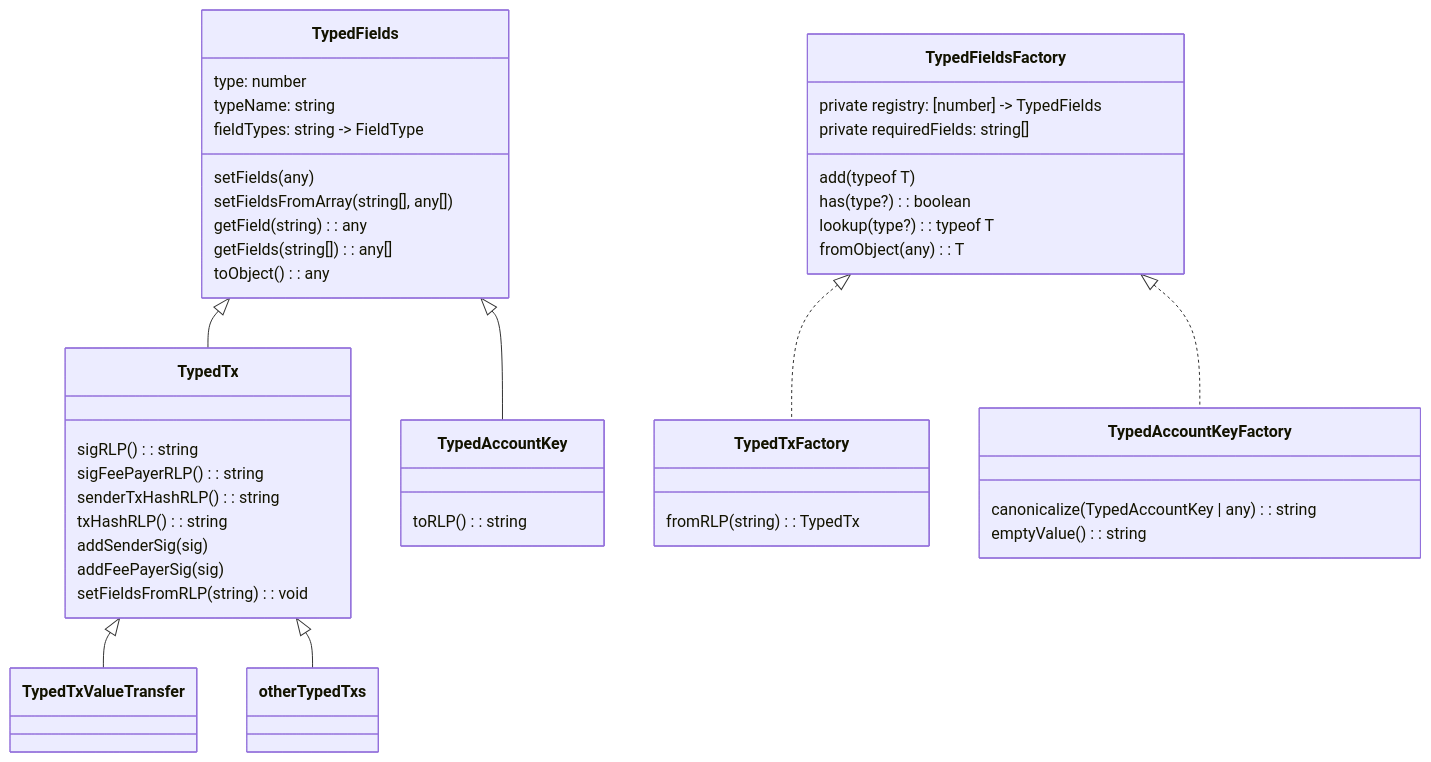
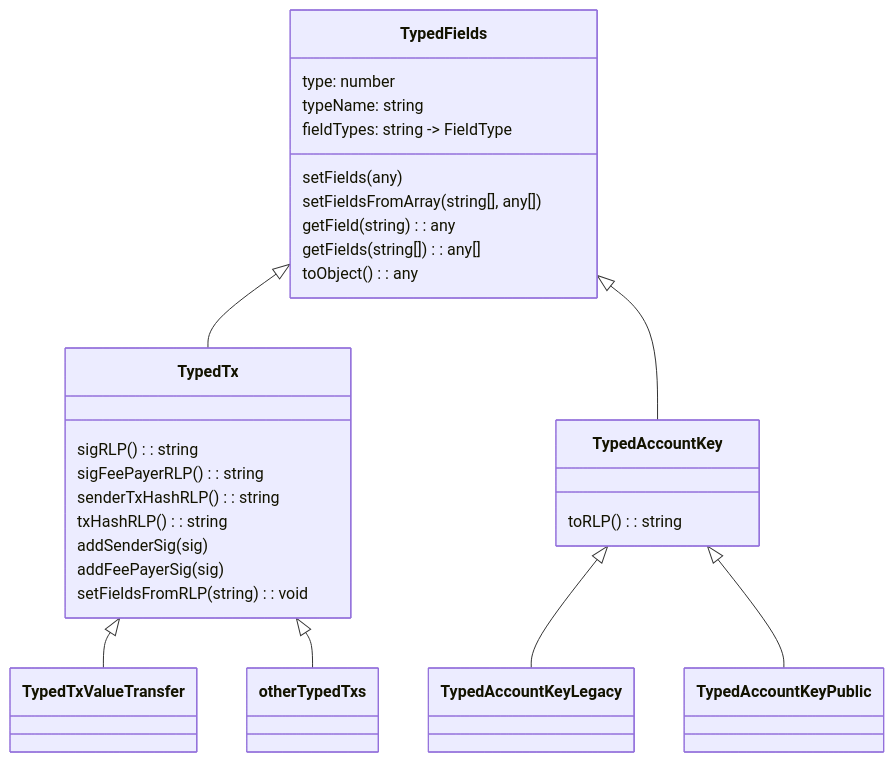
One commit to blukat29/klaytn-sdk-design changed the second of 4 diagrams in README.md. Above: the diagram before and after it, drawn with Mermaid. The commit also changed 2 other files, not shown here.

Commit message:
Debug TypedTxFeeDelegatedAccountUpdate

````diff
--- a/README.md
+++ b/README.md
@@ -81,47 +82,31 @@
 ```mermaid  
 classDiagram
   TypedFields <|-- TypedTx
   TypedTx <|-- TypedTxValueTransfer
   TypedTx <|-- other TypedTxs
   TypedFields <|-- TypedAccountKey
+  TypedAccountKey <|-- TypedAccountKeyLegacy
+  TypedAccountKey <|-- TypedAccountKeyPublic
   class TypedFields {
     type: number
     typeName: string
     fieldTypes: string -> FieldType
     setFields(any)
     setFieldsFromArray( string[], any[] )
     getField( string ): any
     getFields( string[] ): any[]
     toObject(): any
   }
   class TypedTx {
     sigRLP(): string
     sigFeePayerRLP(): string
     senderTxHashRLP(): string
     txHashRLP(): string
     addSenderSig(sig)
     addFeePayerSig(sig)
     setFieldsFromRLP(string): void
   }
   class TypedAccountKey {
     toRLP(): string
   }
-
-  TypedFieldsFactory <|.. TypedTxFactory
-  TypedFieldsFactory <|.. TypedAccountKeyFactory
-  class TypedFieldsFactory {
-    private registry: [number] -> TypedFields
-    private requiredFields: string[]
-    add(typeof T)
-    has(type?): boolean
-    lookup(type?): typeof T
-    fromObject(any): T
-  }
-  class TypedTxFactory {
-    fromRLP(string): TypedTx
-  }
-  class TypedAccountKeyFactory {
-    canonicalize(TypedAccountKey | any): string 
-    emptyValue(): string
-  }
 ```
````
